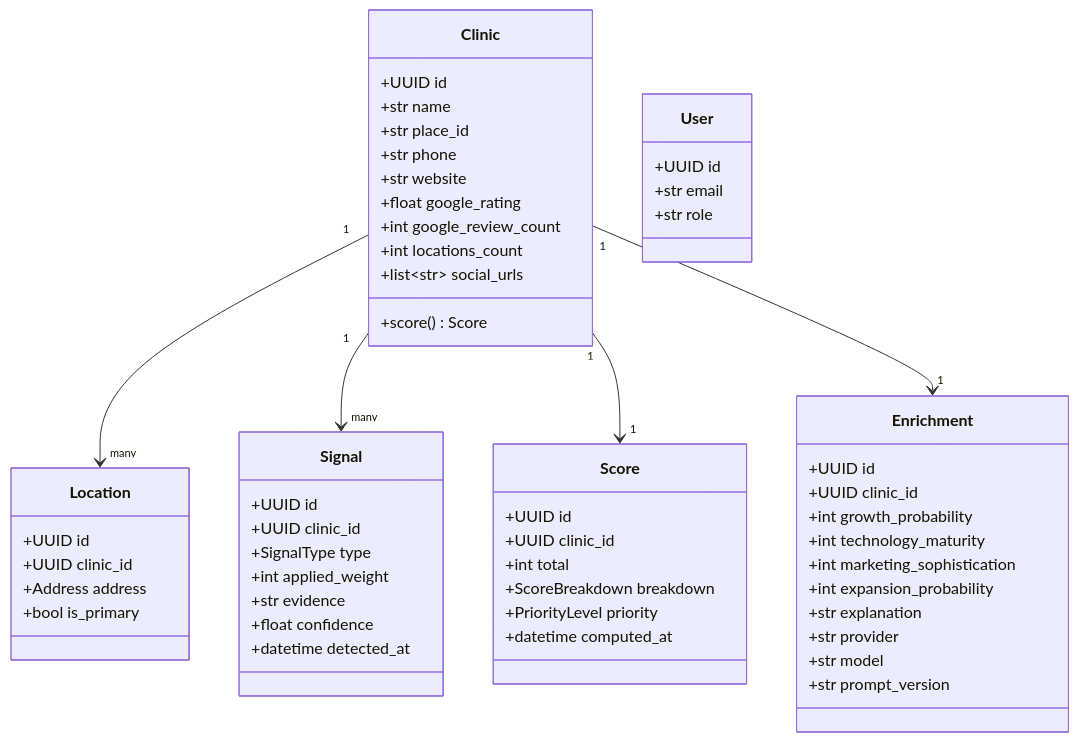
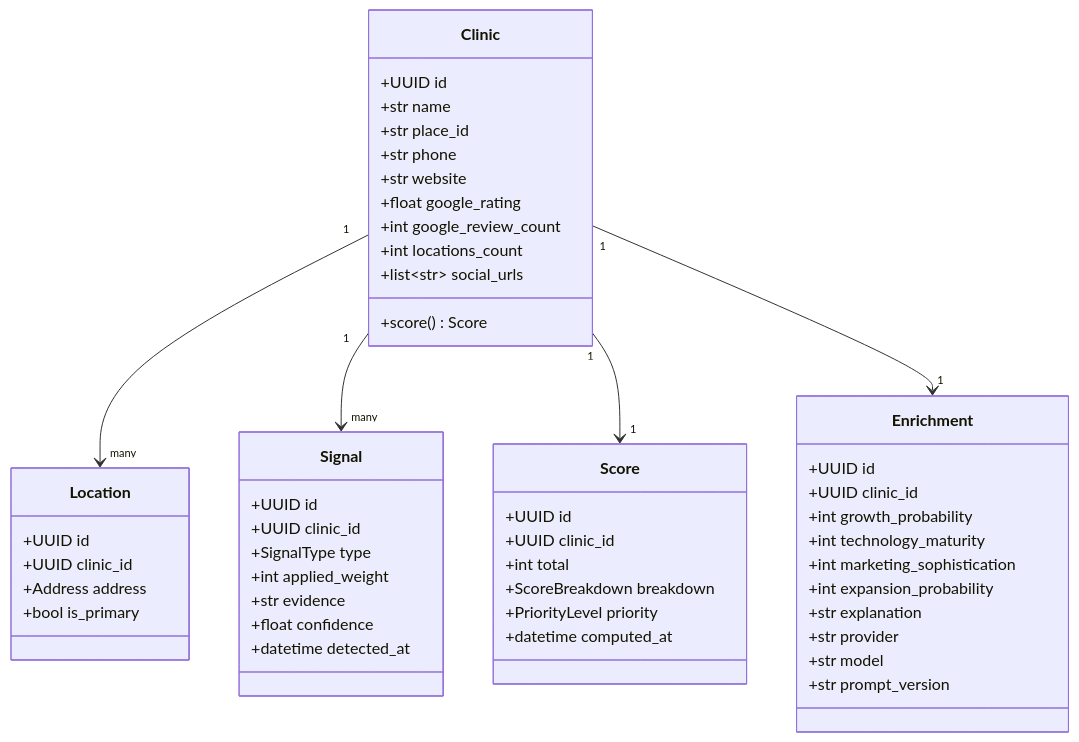
The second of 4 diagrams in docs/explanation/architecture.md (fsoaz/dental-radar), drawn with Mermaid before and after one commit. The commit also changed other lines of this file and 45 other files, not shown here.

````diff
--- a/docs/explanation/architecture.md
+++ b/docs/explanation/architecture.md
@@ -62,59 +62,54 @@
 ```mermaid
 classDiagram
   class Clinic {
     +UUID id
     +str name
     +str place_id
     +str phone
     +str website
     +float google_rating
     +int google_review_count
     +int locations_count
     +list~str~ social_urls
     +score() Score
   }
   class Location {
     +UUID id
     +UUID clinic_id
     +Address address
     +bool is_primary
   }
   class Signal {
     +UUID id
     +UUID clinic_id
     +SignalType type
     +int applied_weight
     +str evidence
     +float confidence
     +datetime detected_at
   }
   class Score {
     +UUID id
     +UUID clinic_id
     +int total
     +ScoreBreakdown breakdown
     +PriorityLevel priority
     +datetime computed_at
   }
   class Enrichment {
     +UUID id
     +UUID clinic_id
     +int growth_probability
     +int technology_maturity
     +int marketing_sophistication
     +int expansion_probability
     +str explanation
     +str provider
     +str model
     +str prompt_version
   }
-  class User {
-    +UUID id
-    +str email
-    +str role
-  }
   Clinic "1" --> "many" Location
   Clinic "1" --> "many" Signal
   Clinic "1" --> "1" Score
   Clinic "1" --> "1" Enrichment
 ```
````
